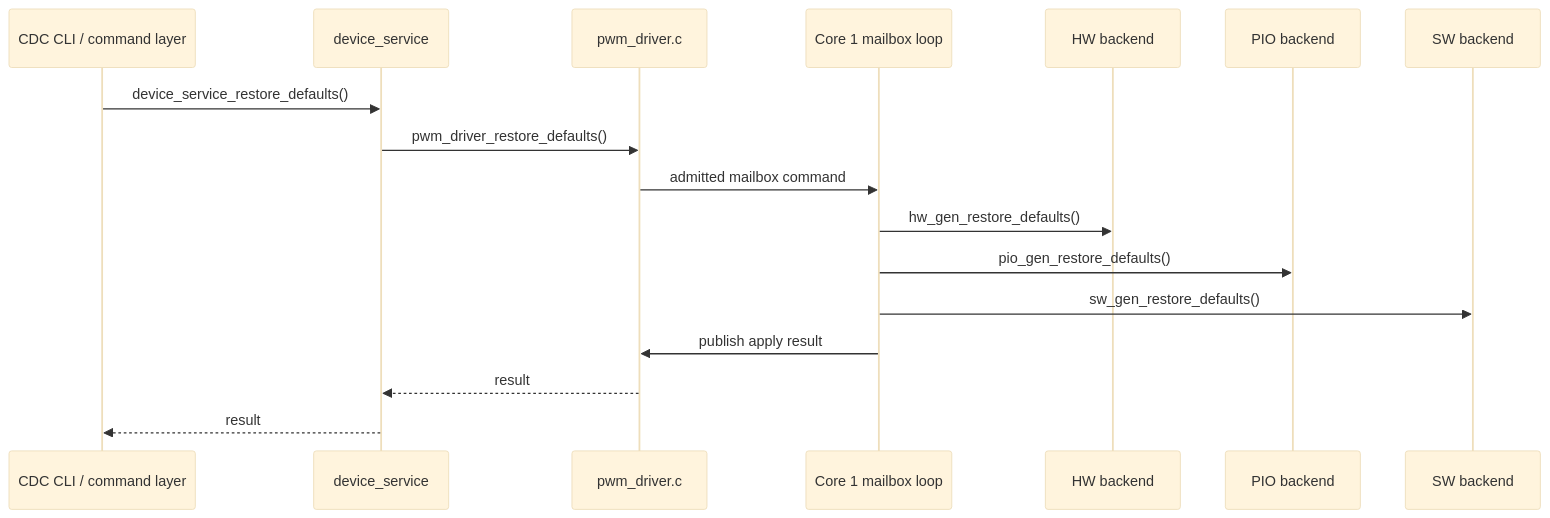
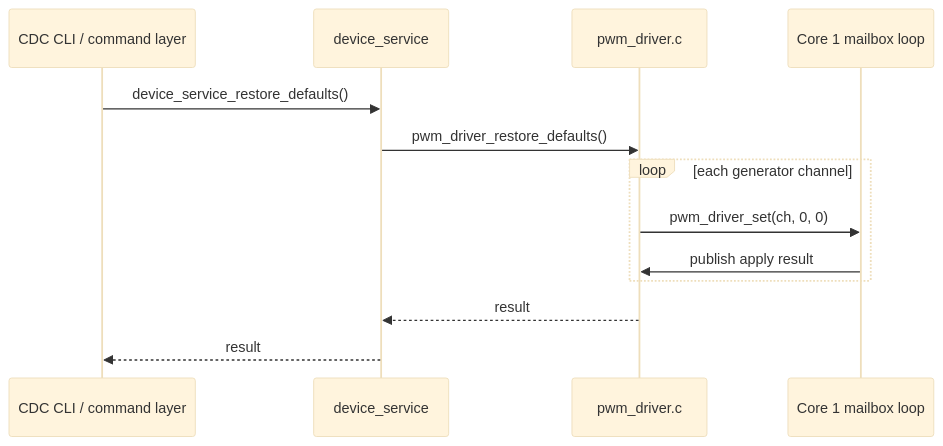
The sixth of 8 diagrams in docs/design/pwm_driver_design.md (djwinter29-oss/PicoPWM), drawn with Mermaid (base theme) before and after one commit. The commit also changed other lines of this file and 36 other files, not shown here.

````diff
--- a/docs/design/pwm_driver_design.md
+++ b/docs/design/pwm_driver_design.md
@@ -347,20 +346,16 @@
 ```mermaid
 sequenceDiagram
     participant CLI as CDC CLI / command layer
     participant CTL as device_service
     participant WR as pwm_driver.c
     participant C1 as Core 1 mailbox loop
-    participant HW as HW backend
-    participant PIO as PIO backend
-    participant SW as SW backend
 
     CLI->>CTL: device_service_restore_defaults()
     CTL->>WR: pwm_driver_restore_defaults()
-    WR->>C1: admitted mailbox command
-    C1->>HW: hw_gen_restore_defaults()
-    C1->>PIO: pio_gen_restore_defaults()
-    C1->>SW: sw_gen_restore_defaults()
-    C1->>WR: publish apply result
+    loop each generator channel
+        WR->>C1: pwm_driver_set(ch, 0, 0)
+        C1->>WR: publish apply result
+    end
     WR-->>CTL: result
     CTL-->>CLI: result
 ```
````
